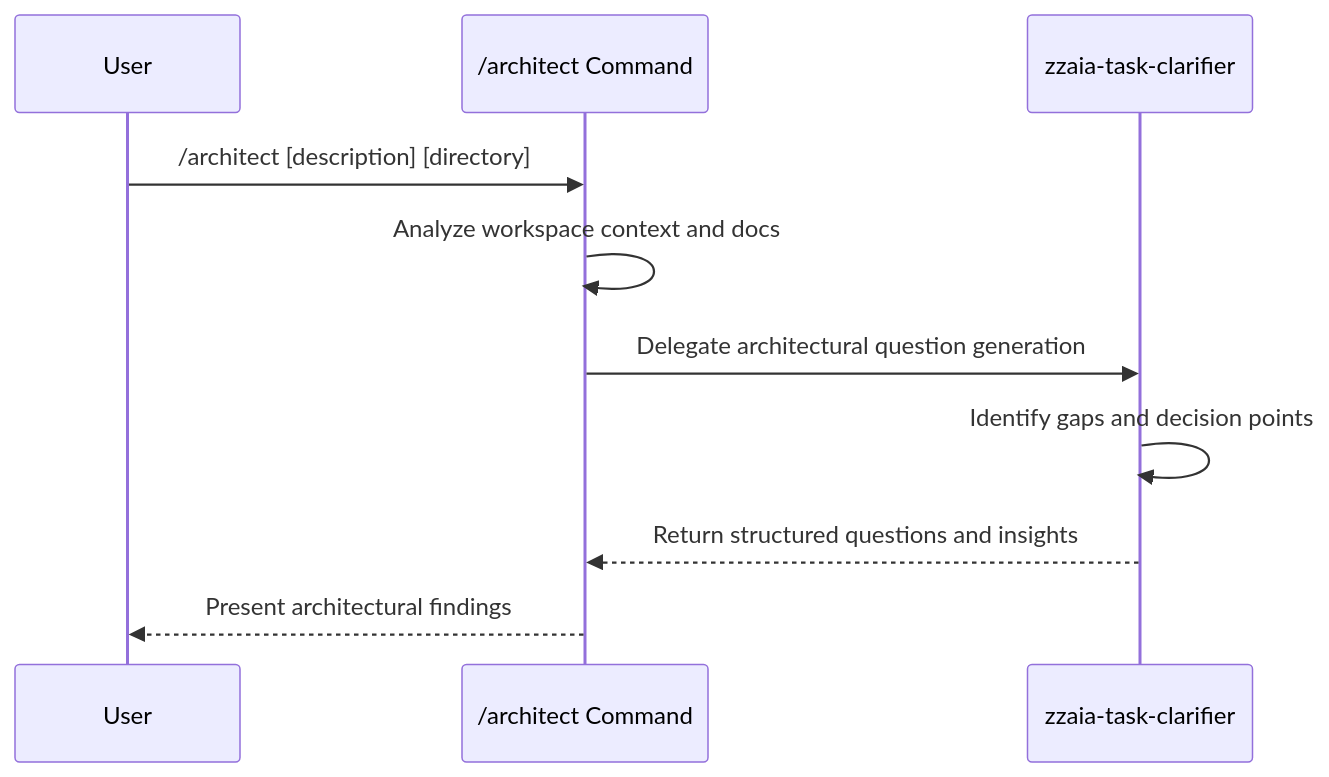
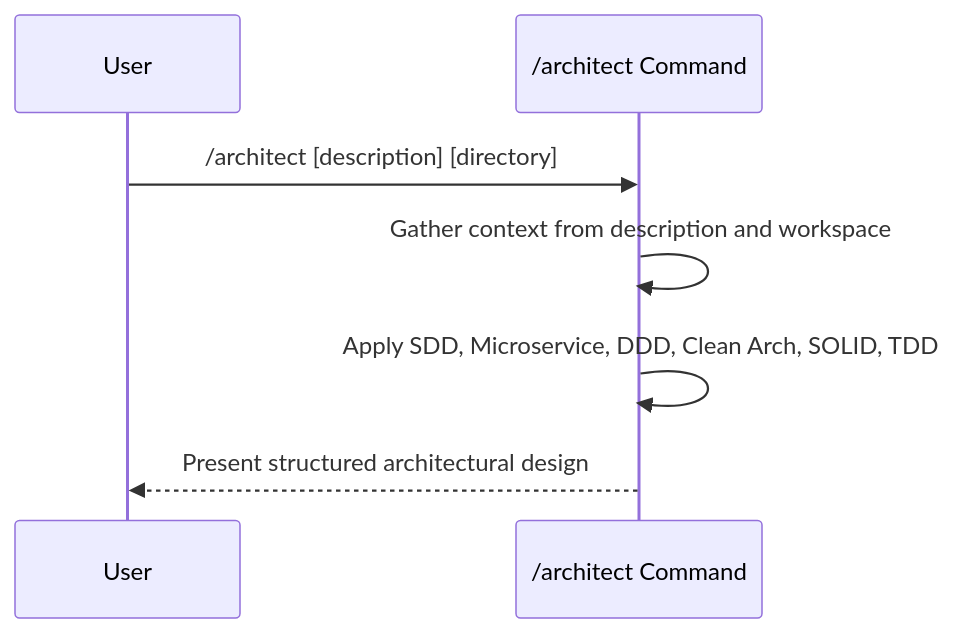
The diagram in .claude/commands/management/architect.md (zzaia/zzaia-agentic-workspace), drawn with Mermaid before and after one commit. The commit also changed other lines of this file, not shown here.

Commit message:
Improve the architect command;

````diff
--- a/.claude/commands/management/architect.md
+++ b/.claude/commands/management/architect.md
@@ -51,13 +49,10 @@
 ```mermaid
 sequenceDiagram
     participant U as User
     participant C as /architect Command
-    participant TC as zzaia-task-clarifier
 
     U->>C: /architect [description] [directory]
-    C->>C: Analyze workspace context and docs
-    C->>TC: Delegate architectural question generation
-    TC->>TC: Identify gaps and decision points
-    TC-->>C: Return structured questions and insights
-    C-->>U: Present architectural findings
+    C->>C: Gather context from description and workspace
+    C->>C: Apply SDD, Microservice, DDD, Clean Arch, SOLID, TDD
+    C-->>U: Present structured architectural design
 ```
````
